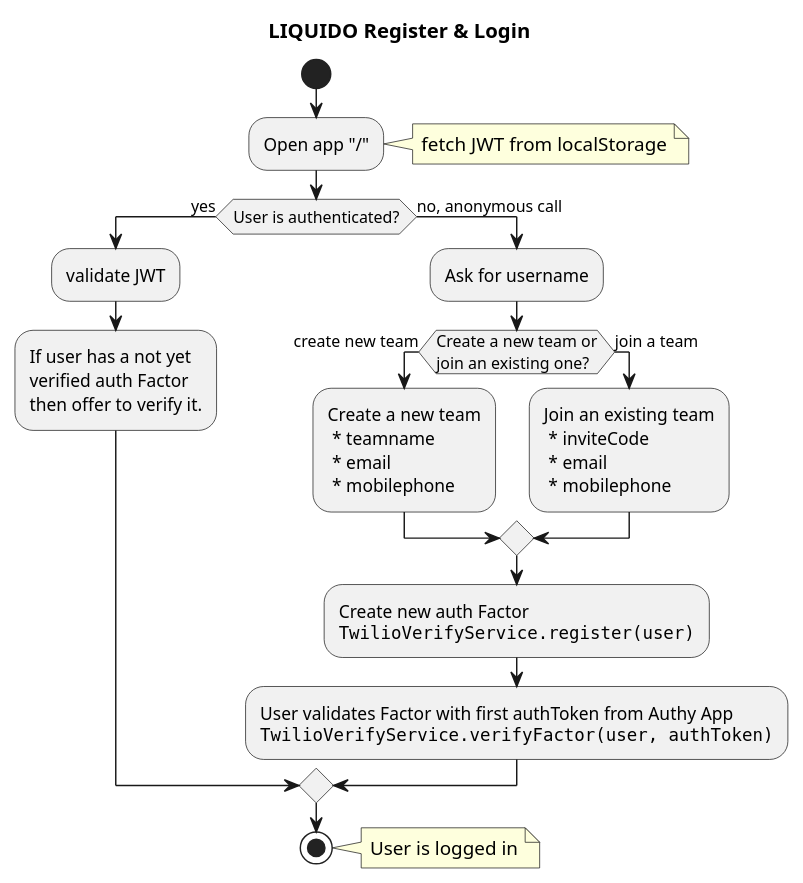
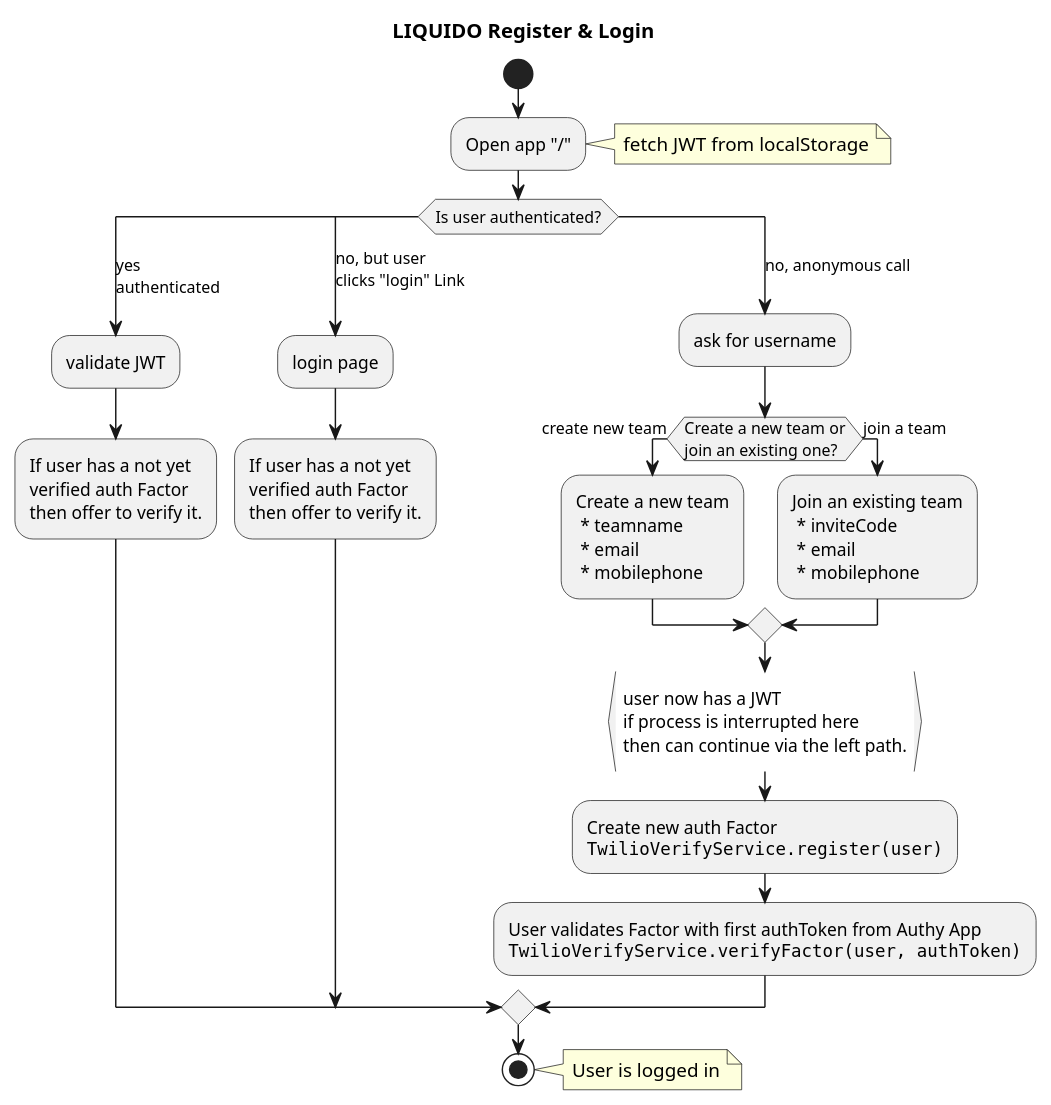
Before and after one commit to Doogiemuc/liquido-backend-quarkus: the diagram in docs/LoginAndRegister.plantuml, drawn with PlantUML. The commit also changed 7 other files, not shown here.

Commit message:
Add loginWithJWT in GraphQL. Cleanup tests

```diff
--- a/docs/LoginAndRegister.plantuml
+++ b/docs/LoginAndRegister.plantuml
@@ -1,57 +1,69 @@
 @startuml
 
 ' skin rose
 
 title LIQUIDO Register & Login
 
 start
 
 :Open app "/";
 
 note right
   fetch JWT from localStorage
 end note
 
-if (User is authenticated?) then (yes)
+switch (Is user authenticated?)
+
+case (yes\nauthenticated)
 
   :validate JWT;
 
   :If user has a not yet
   verified auth Factor
   then offer to verify it.;
 
-else (no, anonymous call)
+case (no, but user\nclicks "login" Link)
 
-  :Ask for username;
+  :login page;
+
+  :If user has a not yet
+  verified auth Factor
+  then offer to verify it.;
+
+case (no, anonymous call)
+
+  :ask for username;
 
   if (Create a new team or\njoin an existing one?) then (create new team)
 
     :Create a new team
      * teamname
      * email
      * mobilephone;
 
   else (join a team)
 
     :Join an existing team
      * inviteCode
      * email
      * mobilephone;
 
   endif
 
+  :user now has a JWT\nif process is interrupted here\nthen can continue via the left path.}
+
   :Create new auth Factor
   ""TwilioVerifyService.register(user)"";
 
   :User validates Factor with first authToken from Authy App
   ""TwilioVerifyService.verifyFactor(user, authToken)"";
 
-endif
+endswitch
 
 stop
 
 note right
   User is logged in
 end note
 
 @enduml
```
